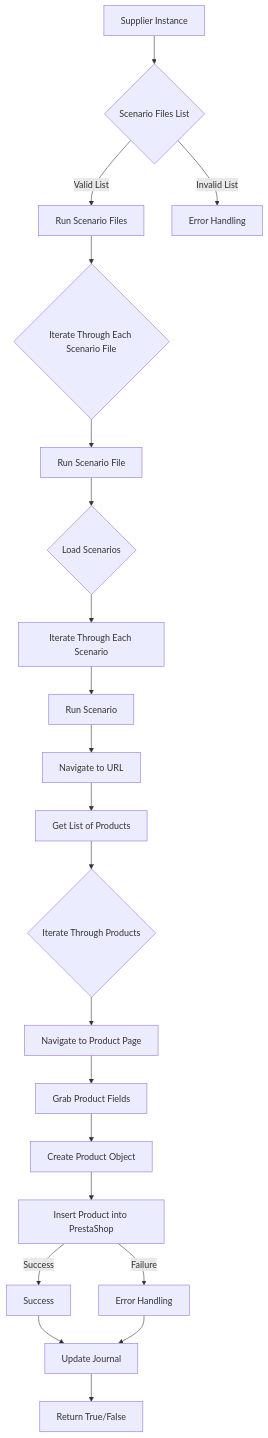
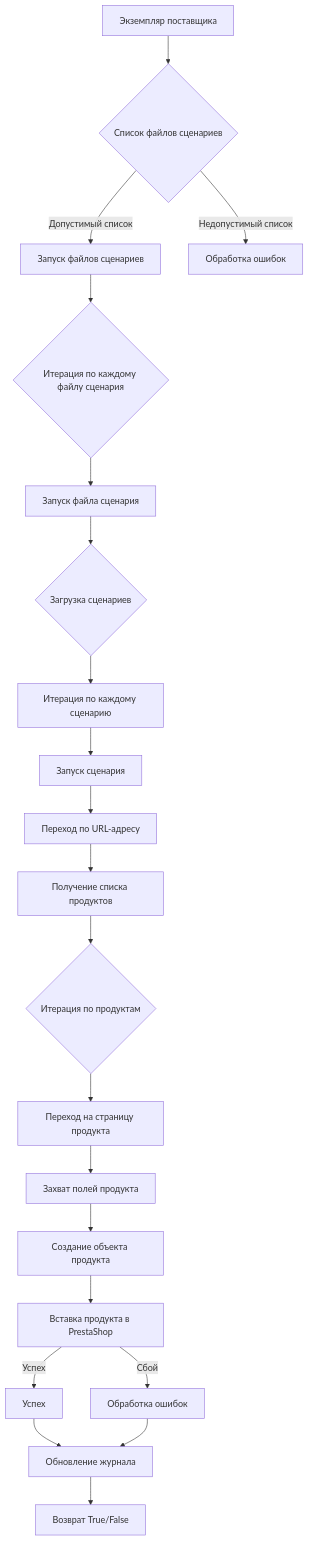
The diagram in docs/gemini/ru/doc/src/scenario/README.MD.md (hypo69/hypo), drawn with Mermaid before and after one commit. The commit also changed other lines of this file and 551 other files, not shown here.

````diff
--- a/docs/gemini/ru/doc/src/scenario/README.MD.md
+++ b/docs/gemini/ru/doc/src/scenario/README.MD.md
@@ -28,23 +28,23 @@
 ```mermaid
 graph TD
-    A[Supplier Instance] --> B{Scenario Files List}
-    B -- Valid List --> C[Run Scenario Files]
-    B -- Invalid List --> D[Error Handling]
-    C --> E{Iterate Through Each Scenario File}
-    E --> F[Run Scenario File]
-    F --> G{Load Scenarios}
-    G --> H[Iterate Through Each Scenario]
-    H --> I[Run Scenario]
-    I --> J[Navigate to URL]
-    J --> K[Get List of Products]
-    K --> L{Iterate Through Products}
-    L --> M[Navigate to Product Page]
-    M --> N[Grab Product Fields]
-    N --> O[Create Product Object]
-    O --> P[Insert Product into PrestaShop]
-    P -- Success --> Q[Success]
-    P -- Failure --> R[Error Handling]
-    Q --> S[Update Journal]
+    A[Экземпляр поставщика] --> B{Список файлов сценариев}
+    B -- Допустимый список --> C[Запуск файлов сценариев]
+    B -- Недопустимый список --> D[Обработка ошибок]
+    C --> E{Итерация по каждому файлу сценария}
+    E --> F[Запуск файла сценария]
+    F --> G{Загрузка сценариев}
+    G --> H[Итерация по каждому сценарию]
+    H --> I[Запуск сценария]
+    I --> J[Переход по URL-адресу]
+    J --> K[Получение списка продуктов]
+    K --> L{Итерация по продуктам}
+    L --> M[Переход на страницу продукта]
+    M --> N[Захват полей продукта]
+    N --> O[Создание объекта продукта]
+    O --> P[Вставка продукта в PrestaShop]
+    P -- Успех --> Q[Успех]
+    P -- Сбой --> R[Обработка ошибок]
+    Q --> S[Обновление журнала]
     R --> S
-    S --> T[Return True/False]
+    S --> T[Возврат True/False]
 ```
````
